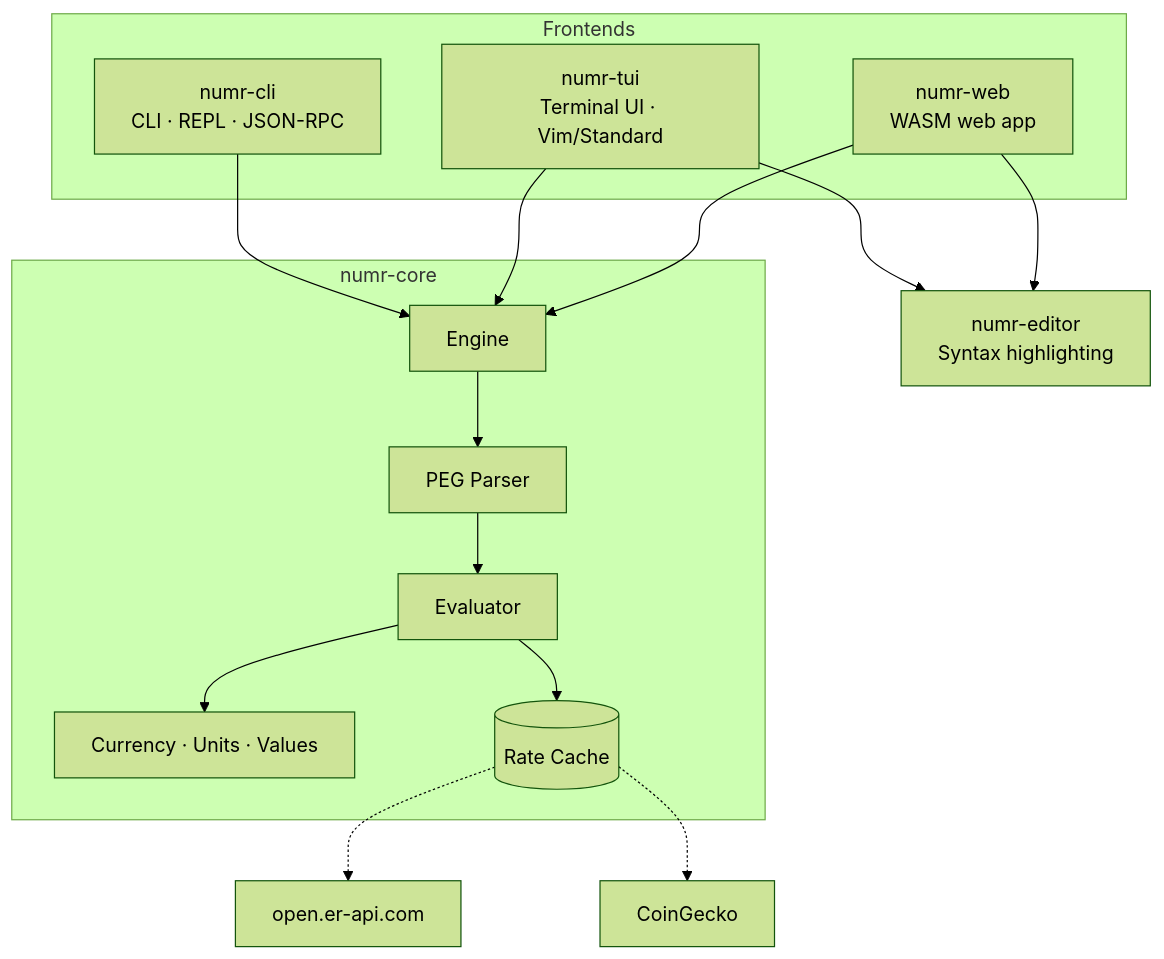
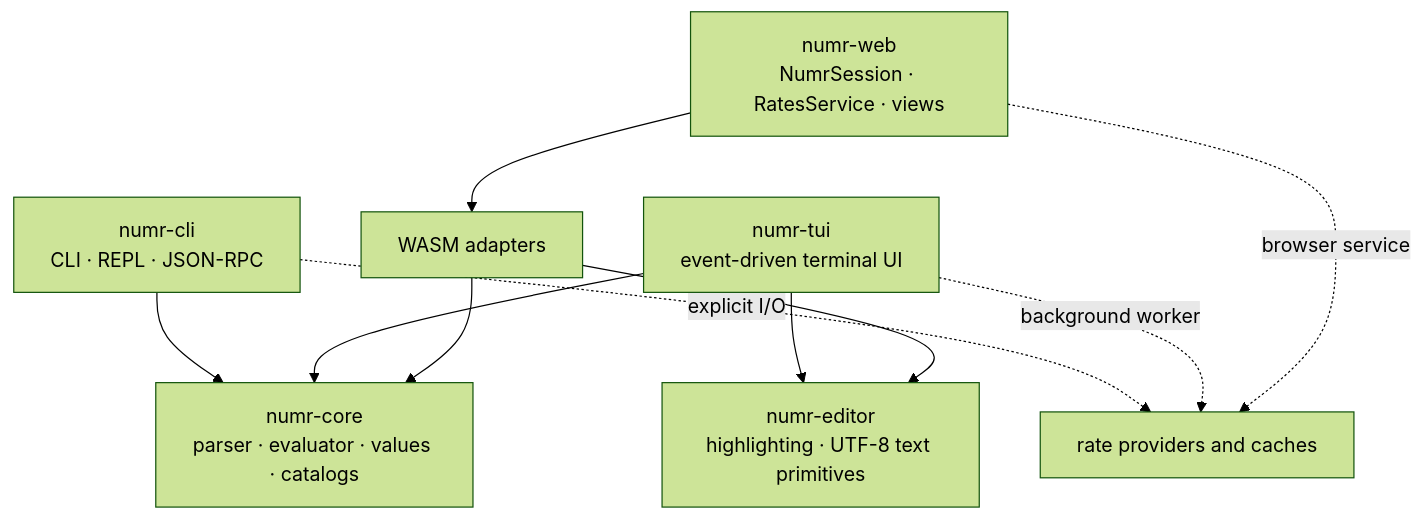
Before and after one commit to nasedkinpv/numr: the diagram in README.md, drawn with Mermaid (forest theme). The commit also changed other lines of this file and 57 other files, not shown here.

````diff
--- a/README.md
+++ b/README.md
@@ -342,29 +352,20 @@
 ```mermaid
-graph TB
-    subgraph Frontends
-        CLI[numr-cli<br/>CLI · REPL · JSON-RPC]
-        TUI[numr-tui<br/>Terminal UI · Vim/Standard]
-        Web[numr-web<br/>WASM web app]
-    end
+flowchart TB
+    Core["numr-core<br/>parser · evaluator · values · catalogs"]
+    Editor["numr-editor<br/>highlighting · UTF-8 text primitives"]
+    CLI["numr-cli<br/>CLI · REPL · JSON-RPC"]
+    TUI["numr-tui<br/>event-driven terminal UI"]
+    Web["numr-web<br/>NumrSession · RatesService · views"]
+    Wasm["WASM adapters"]
+    Rates["rate providers and caches"]
 
-    Editor[numr-editor<br/>Syntax highlighting]
-
-    subgraph Core[numr-core]
-        Engine[Engine]
-        Engine --> Parser[PEG Parser]
-        Parser --> Eval[Evaluator]
-        Eval --> Types[Currency · Units · Values]
-        Eval --> Cache[(Rate Cache)]
-    end
-
-    Fiat[open.er-api.com]
-    Crypto[CoinGecko]
-
-    CLI --> Engine
-    TUI --> Engine
+    CLI --> Core
+    TUI --> Core
     TUI --> Editor
-    Web --> Engine
-    Web --> Editor
-    Cache -.-> Fiat
-    Cache -.-> Crypto
+    Web --> Wasm
+    Wasm --> Core
+    Wasm --> Editor
+    CLI -. "explicit I/O" .-> Rates
+    TUI -. "background worker" .-> Rates
+    Web -. "browser service" .-> Rates
 ```
````
